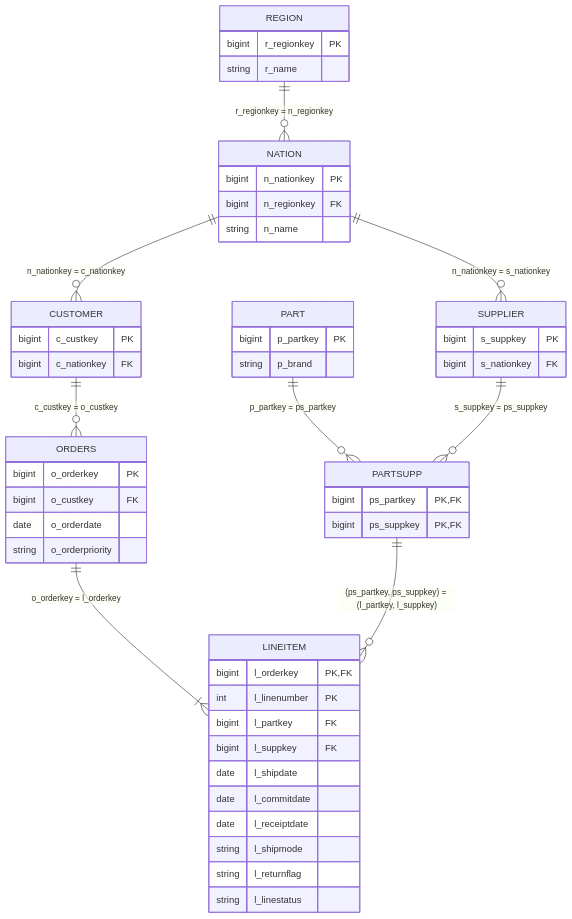
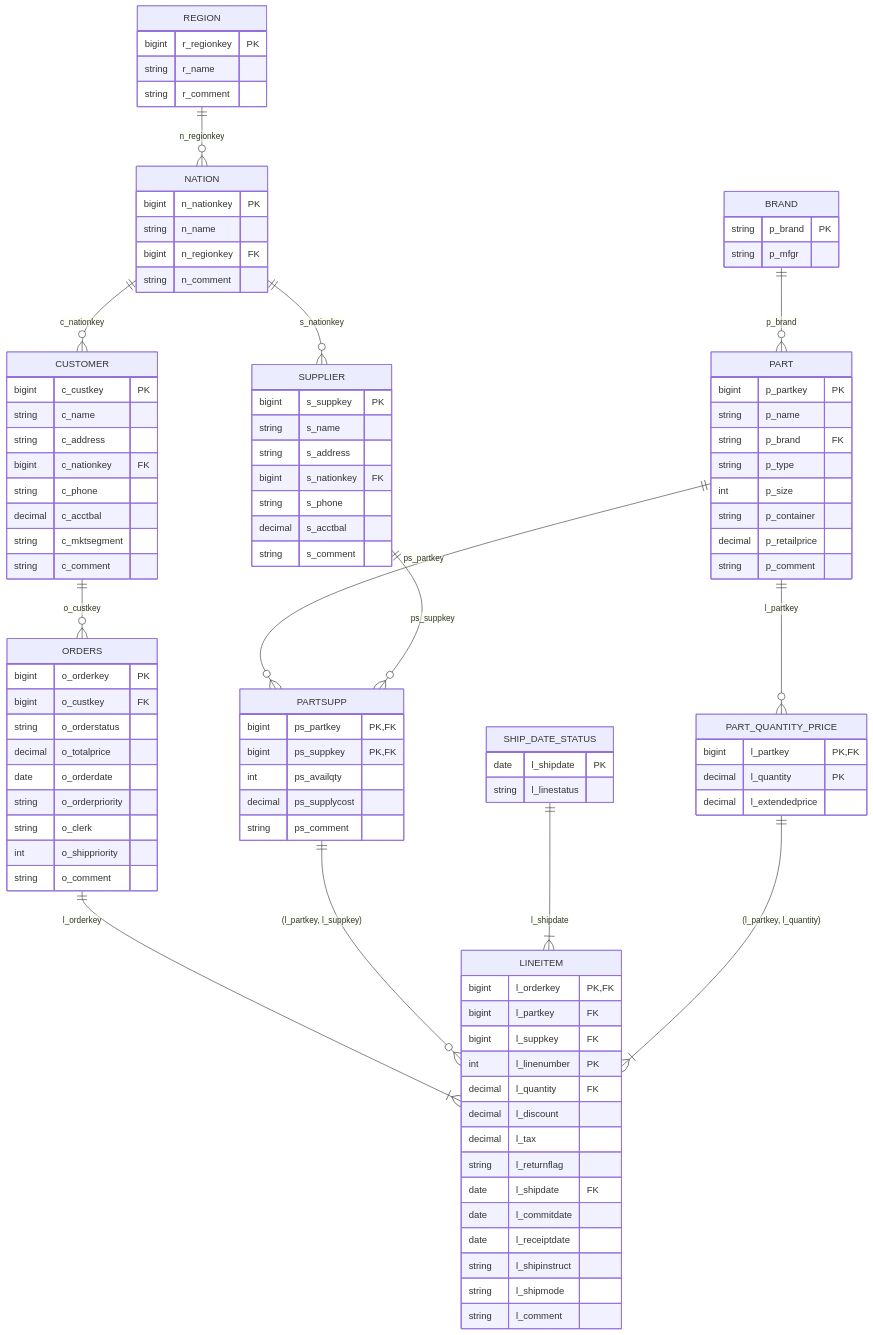
The diagram in docs/design.md (Badabuba/nachalniki-logistics), drawn with Mermaid before and after one commit. The commit also changed other lines of this file and 7 other files, not shown here.

````diff
--- a/docs/design.md
+++ b/docs/design.md
@@ -155,55 +164,103 @@
 ```mermaid
 erDiagram
-    REGION   ||--o{ NATION   : "r_regionkey = n_regionkey"
-    NATION   ||--o{ SUPPLIER : "n_nationkey = s_nationkey"
-    NATION   ||--o{ CUSTOMER : "n_nationkey = c_nationkey"
-    CUSTOMER ||--o{ ORDERS   : "c_custkey = o_custkey"
-    PART     ||--o{ PARTSUPP : "p_partkey = ps_partkey"
-    SUPPLIER ||--o{ PARTSUPP : "s_suppkey = ps_suppkey"
-    ORDERS   ||--|{ LINEITEM : "o_orderkey = l_orderkey"
-    PARTSUPP ||--o{ LINEITEM : "(ps_partkey, ps_suppkey) = (l_partkey, l_suppkey)"
+    REGION   ||--o{ NATION   : "n_regionkey"
+    NATION   ||--o{ SUPPLIER : "s_nationkey"
+    NATION   ||--o{ CUSTOMER : "c_nationkey"
+    BRAND    ||--o{ PART     : "p_brand"
+    PART     ||--o{ PARTSUPP : "ps_partkey"
+    SUPPLIER ||--o{ PARTSUPP : "ps_suppkey"
+    CUSTOMER ||--o{ ORDERS   : "o_custkey"
+    PART     ||--o{ PART_QUANTITY_PRICE : "l_partkey"
+    ORDERS   ||--|{ LINEITEM : "l_orderkey"
+    PARTSUPP ||--o{ LINEITEM : "(l_partkey, l_suppkey)"
+    SHIP_DATE_STATUS    ||--|{ LINEITEM : "l_shipdate"
+    PART_QUANTITY_PRICE ||--|{ LINEITEM : "(l_partkey, l_quantity)"
 
     REGION {
         bigint r_regionkey PK
         string r_name
+        string r_comment
     }
     NATION {
         bigint n_nationkey PK
+        string n_name
         bigint n_regionkey FK
-        string n_name
+        string n_comment
     }
     SUPPLIER {
         bigint s_suppkey PK
+        string s_name
+        string s_address
         bigint s_nationkey FK
+        string s_phone
+        decimal s_acctbal
+        string s_comment
     }
     CUSTOMER {
         bigint c_custkey PK
+        string c_name
+        string c_address
         bigint c_nationkey FK
+        string c_phone
+        decimal c_acctbal
+        string c_mktsegment
+        string c_comment
+    }
+    BRAND {
+        string p_brand PK
+        string p_mfgr
     }
     PART {
         bigint p_partkey PK
-        string p_brand
+        string p_name
+        string p_brand FK
+        string p_type
+        int p_size
+        string p_container
+        decimal p_retailprice
+        string p_comment
     }
     PARTSUPP {
         bigint ps_partkey PK, FK
         bigint ps_suppkey PK, FK
+        int ps_availqty
+        decimal ps_supplycost
+        string ps_comment
     }
     ORDERS {
         bigint o_orderkey PK
         bigint o_custkey FK
+        string o_orderstatus
+        decimal o_totalprice
         date o_orderdate
         string o_orderpriority
+        string o_clerk
+        int o_shippriority
+        string o_comment
+    }
+    SHIP_DATE_STATUS {
+        date l_shipdate PK
+        string l_linestatus
+    }
+    PART_QUANTITY_PRICE {
+        bigint l_partkey PK, FK
+        decimal l_quantity PK
+        decimal l_extendedprice
     }
     LINEITEM {
         bigint l_orderkey PK, FK
-        int l_linenumber PK
         bigint l_partkey FK
         bigint l_suppkey FK
-        date l_shipdate
+        int l_linenumber PK
+        decimal l_quantity FK
+        decimal l_discount
+        decimal l_tax
+        string l_returnflag
+        date l_shipdate FK
         date l_commitdate
         date l_receiptdate
+        string l_shipinstruct
         string l_shipmode
-        string l_returnflag
-        string l_linestatus
+        string l_comment
     }
 ```
````
